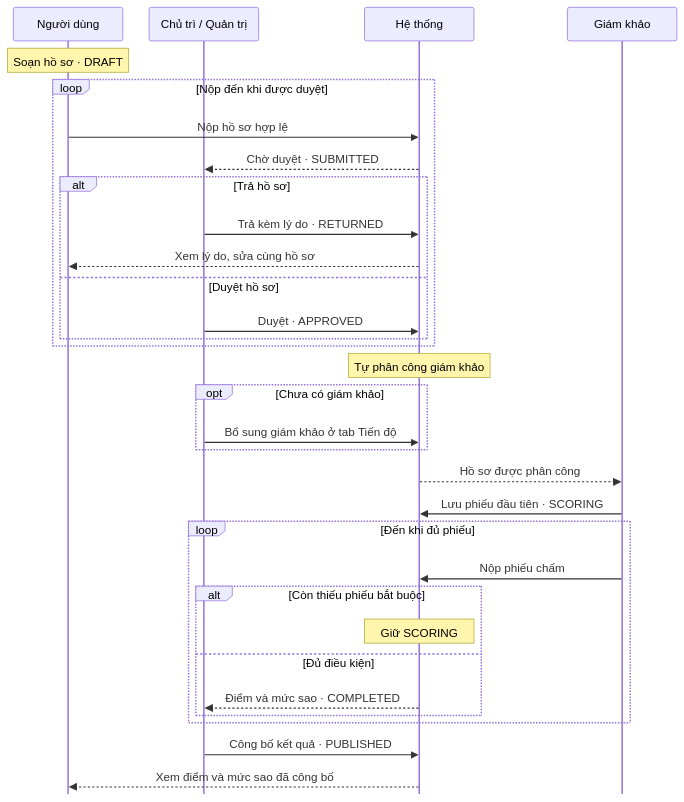
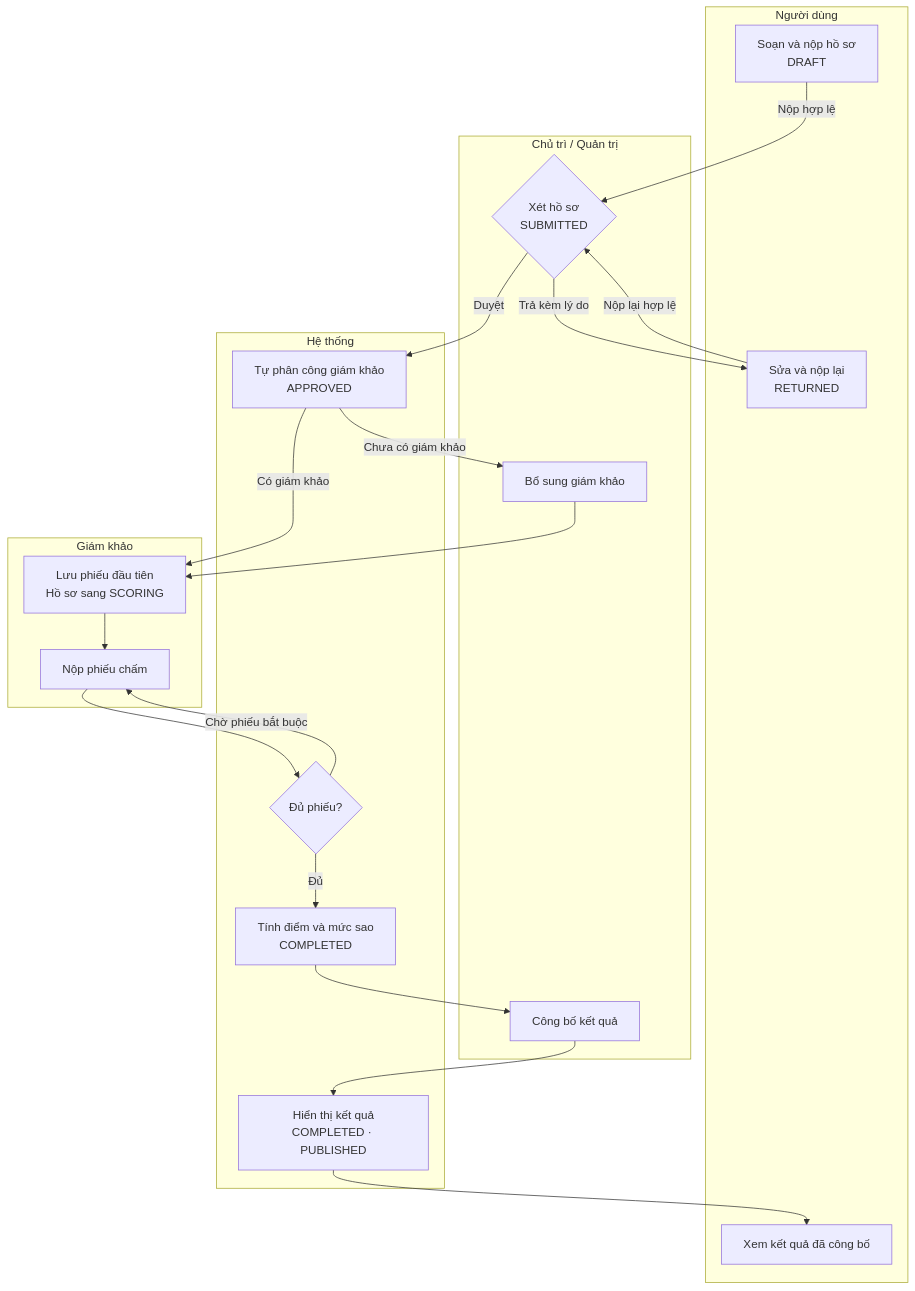
Before and after one commit to tuyennd99/cham-diem-ocop: the diagram in docs/quy-trinh-danh-gia-ho-so.md, drawn with Mermaid. The commit also changed 1 other file, not shown here.

Commit message:
docs: link and restore the OCOP workflow flowchart

````diff
--- a/docs/quy-trinh-danh-gia-ho-so.md
+++ b/docs/quy-trinh-danh-gia-ho-so.md
@@ -18,47 +18,45 @@
 ```mermaid
 ---
 config:
-  sequence:
-    mirrorActors: false
-    actorMargin: 36
-    height: 46
-    messageMargin: 20
-    noteMargin: 8
+  flowchart:
+    nodeSpacing: 24
+    rankSpacing: 50
 ---
-sequenceDiagram
+flowchart TB
     accTitle: Quy trình nộp, xét duyệt, chấm và công bố hồ sơ OCOP
     accDescr: Người dùng nộp hồ sơ để Chủ trì hoặc Quản trị xét. Hồ sơ bị trả quay về Người dùng để sửa và nộp lại. Hồ sơ được duyệt chuyển cho Giám khảo. Khi đủ phiếu, hệ thống tính kết quả và chờ công bố.
 
-    participant U as Người dùng
-    participant C as Chủ trì / Quản trị
-    participant H as Hệ thống
-    participant G as Giám khảo
+    subgraph owner["Người dùng"]
+        draft["Soạn và nộp hồ sơ<br/>DRAFT"]
+        revise["Sửa và nộp lại<br/>RETURNED"]
+        view["Xem kết quả đã công bố"]
+    end
 
-    Note over U: Soạn hồ sơ · DRAFT
-    loop Nộp đến khi được duyệt
-        U->>H: Nộp hồ sơ hợp lệ
-        H-->>C: Chờ duyệt · SUBMITTED
-        alt Trả hồ sơ
-            C->>H: Trả kèm lý do · RETURNED
-            H-->>U: Xem lý do, sửa cùng hồ sơ
-        else Duyệt hồ sơ
-            C->>H: Duyệt · APPROVED
-        end
+    subgraph chair["Chủ trì / Quản trị"]
+        review{"Xét hồ sơ<br/>SUBMITTED"}
+        addJudge["Bổ sung giám khảo"]
+        publish["Công bố kết quả"]
     end
-    Note over H: Tự phân công giám khảo
-    opt Chưa có giám khảo
-        C->>H: Bổ sung giám khảo ở tab Tiến độ
+
+    subgraph system["Hệ thống"]
+        assigned["Tự phân công giám khảo<br/>APPROVED"]
+        enough{"Đủ phiếu?"}
+        done["Tính điểm và mức sao<br/>COMPLETED"]
+        published["Hiển thị kết quả<br/>COMPLETED · PUBLISHED"]
     end
-    H-->>G: Hồ sơ được phân công
-    G->>H: Lưu phiếu đầu tiên · SCORING
-    loop Đến khi đủ phiếu
-        G->>H: Nộp phiếu chấm
-        alt Còn thiếu phiếu bắt buộc
-            Note over H: Giữ SCORING
-        else Đủ điều kiện
-            H-->>C: Điểm và mức sao · COMPLETED
-        end
+
+    subgraph judge["Giám khảo"]
+        save["Lưu phiếu đầu tiên<br/>Hồ sơ sang SCORING"]
+        handIn["Nộp phiếu chấm"]
     end
-    C->>H: Công bố kết quả · PUBLISHED
-    H-->>U: Xem điểm và mức sao đã công bố
+
+    draft -->|Nộp hợp lệ| review
+    review -->|Trả kèm lý do| revise
+    revise -->|Nộp lại hợp lệ| review
+    review -->|Duyệt| assigned
+    assigned -->|Có giám khảo| save
+    assigned -->|Chưa có giám khảo| addJudge --> save
+    save --> handIn --> enough
+    enough -->|Chờ phiếu bắt buộc| handIn
+    enough -->|Đủ| done --> publish --> published --> view
 ```
````
